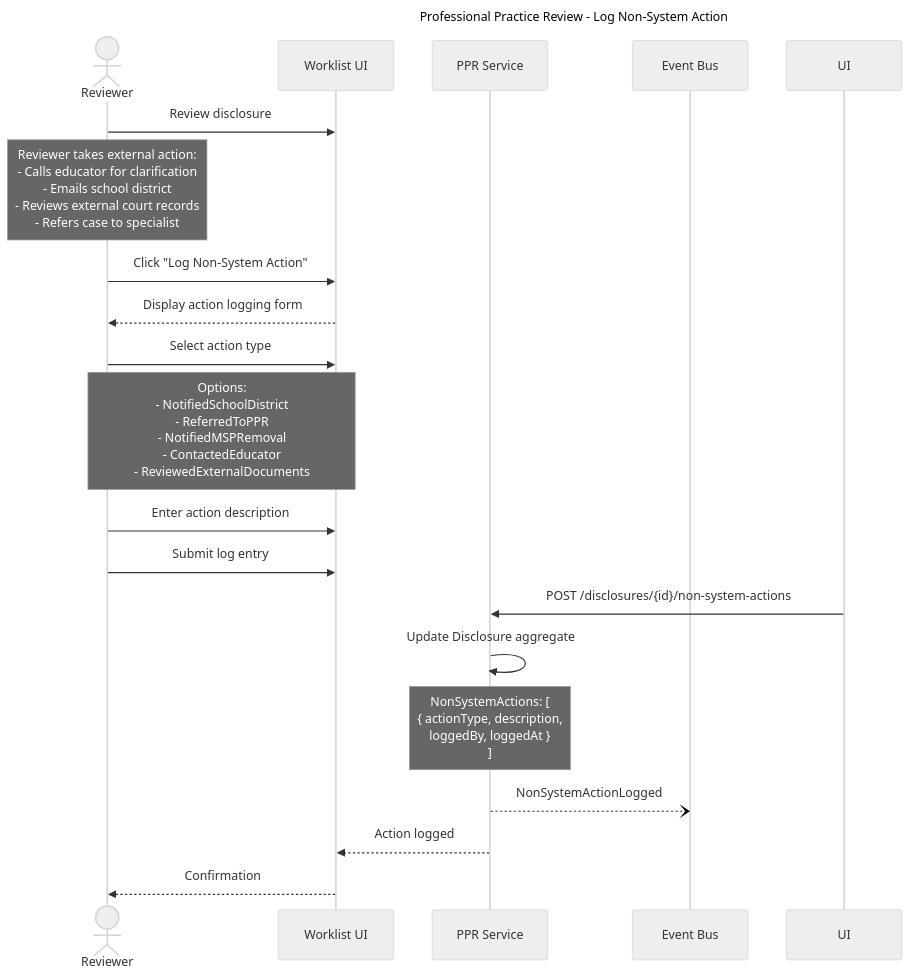
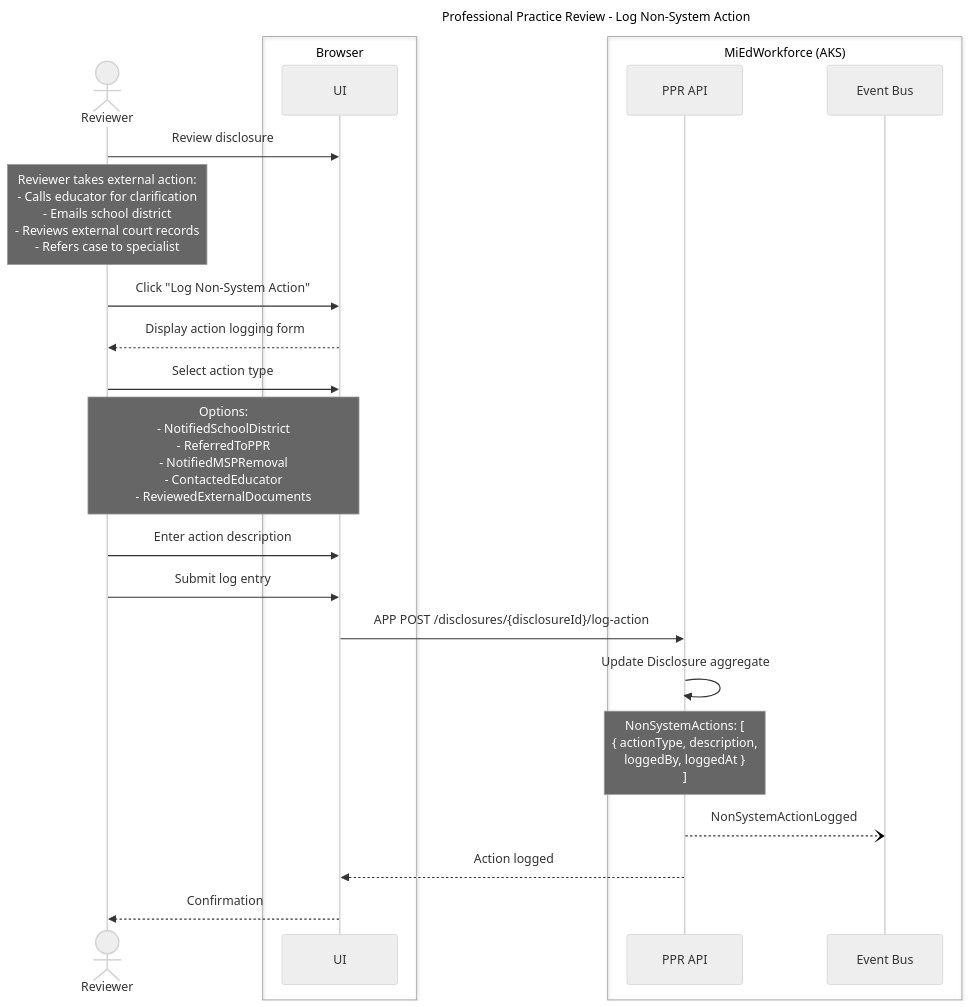
One commit to mnichols-dl/mied-design changed the tenth of 15 diagrams in working-docs/solution-areas/profpractice/profpractice-sequences.md. Above: the diagram before and after it, drawn with Mermaid (neutral theme). The commit also changed other lines of this file and 34 other files, not shown here.

Commit message:
Update sequences and perform RTM assessment

````diff
--- a/working-docs/solution-areas/profpractice/profpractice-sequences.md
+++ b/working-docs/solution-areas/profpractice/profpractice-sequences.md
@@ -683,32 +653,36 @@
 ```mermaid
 ---
 title: Professional Practice Review - Log Non-System Action
 ---
 sequenceDiagram
     actor Reviewer
-    participant WorklistUI as Worklist UI
-    participant PPRService as PPR Service
-    participant EventBus as Event Bus
+    box Browser
+        participant UI as UI
+    end
+    box MiEdWorkforce (AKS)
+        participant PprApi as PPR API
+        participant EventBus as Event Bus
+    end
     
-    Reviewer->>WorklistUI: Review disclosure
+    Reviewer->>UI: Review disclosure
     Note over Reviewer: Reviewer takes external action:<br/>- Calls educator for clarification<br/>- Emails school district<br/>- Reviews external court records<br/>- Refers case to specialist
     
-    Reviewer->>WorklistUI: Click "Log Non-System Action"
-    WorklistUI-->>Reviewer: Display action logging form
+    Reviewer->>UI: Click "Log Non-System Action"
+    UI-->>Reviewer: Display action logging form
     
-    Reviewer->>WorklistUI: Select action type
-    Note over Reviewer,WorklistUI: Options:<br/>- NotifiedSchoolDistrict<br/>- ReferredToPPR<br/>- NotifiedMSPRemoval<br/>- ContactedEducator<br/>- ReviewedExternalDocuments
+    Reviewer->>UI: Select action type
+    Note over Reviewer,UI: Options:<br/>- NotifiedSchoolDistrict<br/>- ReferredToPPR<br/>- NotifiedMSPRemoval<br/>- ContactedEducator<br/>- ReviewedExternalDocuments
     
-    Reviewer->>WorklistUI: Enter action description
-    Reviewer->>WorklistUI: Submit log entry
+    Reviewer->>UI: Enter action description
+    Reviewer->>UI: Submit log entry
     
-    UI->>PPRService: POST /disclosures/{id}/non-system-actions
+    UI->>PprApi: APP POST /disclosures/{disclosureId}/log-action
     
-    PPRService->>PPRService: Update Disclosure aggregate
-    Note over PPRService: NonSystemActions: [<br/>  { actionType, description,<br/>    loggedBy, loggedAt }<br/>]
+    PprApi->>PprApi: Update Disclosure aggregate
+    Note over PprApi: NonSystemActions: [<br/>  { actionType, description,<br/>    loggedBy, loggedAt }<br/>]
     
-    PPRService--)EventBus: NonSystemActionLogged
+    PprApi--)EventBus: NonSystemActionLogged
     
-    PPRService-->>WorklistUI: Action logged
-    WorklistUI-->>Reviewer: Confirmation
+    PprApi-->>UI: Action logged
+    UI-->>Reviewer: Confirmation
 ```
````
